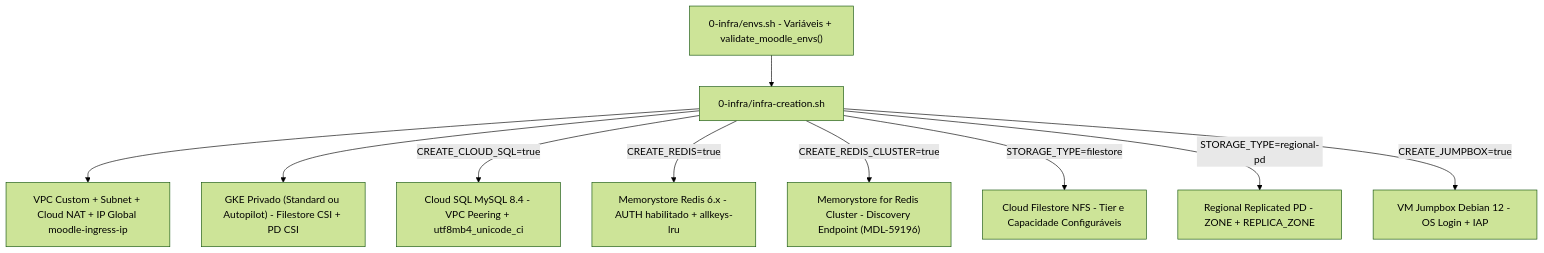
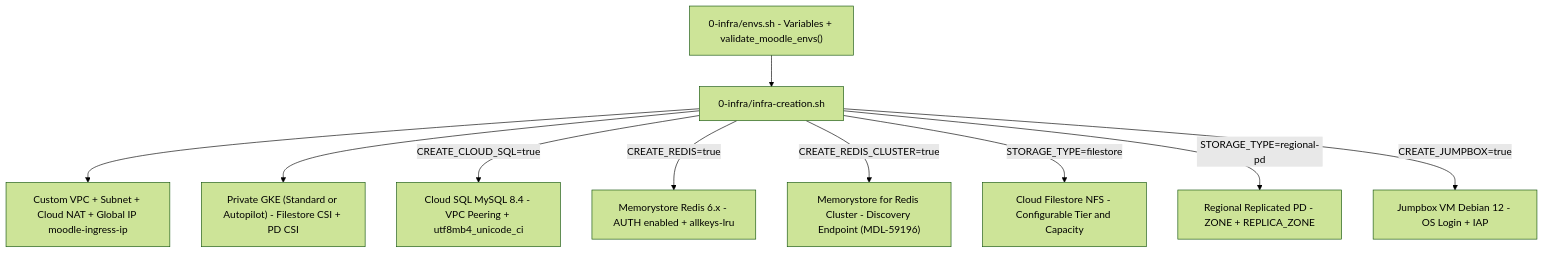
The diagram in openwiki/architecture/infrastructure-and-networking.md (google/moodle-on-gcp), drawn with Mermaid (forest theme) before and after one commit. The commit also changed other lines of this file and 42 other files, not shown here.

````diff
--- a/openwiki/architecture/infrastructure-and-networking.md
+++ b/openwiki/architecture/infrastructure-and-networking.md
@@ -21,12 +21,12 @@
 ```mermaid
 flowchart TD
-    Envs["0-infra/envs.sh - Variáveis + validate_moodle_envs()"] --> Infra["0-infra/infra-creation.sh"]
-    Infra --> VPC["VPC Custom + Subnet + Cloud NAT + IP Global moodle-ingress-ip"]
-    Infra --> GKE["GKE Privado (Standard ou Autopilot) - Filestore CSI + PD CSI"]
+    Envs["0-infra/envs.sh - Variables + validate_moodle_envs()"] --> Infra["0-infra/infra-creation.sh"]
+    Infra --> VPC["Custom VPC + Subnet + Cloud NAT + Global IP moodle-ingress-ip"]
+    Infra --> GKE["Private GKE (Standard or Autopilot) - Filestore CSI + PD CSI"]
     Infra -->|CREATE_CLOUD_SQL=true| SQL["Cloud SQL MySQL 8.4 - VPC Peering + utf8mb4_unicode_ci"]
-    Infra -->|CREATE_REDIS=true| Redis["Memorystore Redis 6.x - AUTH habilitado + allkeys-lru"]
+    Infra -->|CREATE_REDIS=true| Redis["Memorystore Redis 6.x - AUTH enabled + allkeys-lru"]
     Infra -->|CREATE_REDIS_CLUSTER=true| MRC["Memorystore for Redis Cluster - Discovery Endpoint (MDL-59196)"]
-    Infra -->|STORAGE_TYPE=filestore| FS["Cloud Filestore NFS - Tier e Capacidade Configuráveis"]
+    Infra -->|STORAGE_TYPE=filestore| FS["Cloud Filestore NFS - Configurable Tier and Capacity"]
     Infra -->|STORAGE_TYPE=regional-pd| RPD["Regional Replicated PD - ZONE + REPLICA_ZONE"]
-    Infra -->|CREATE_JUMPBOX=true| Jump["VM Jumpbox Debian 12 - OS Login + IAP"]
+    Infra -->|CREATE_JUMPBOX=true| Jump["Jumpbox VM Debian 12 - OS Login + IAP"]
 ```
````
